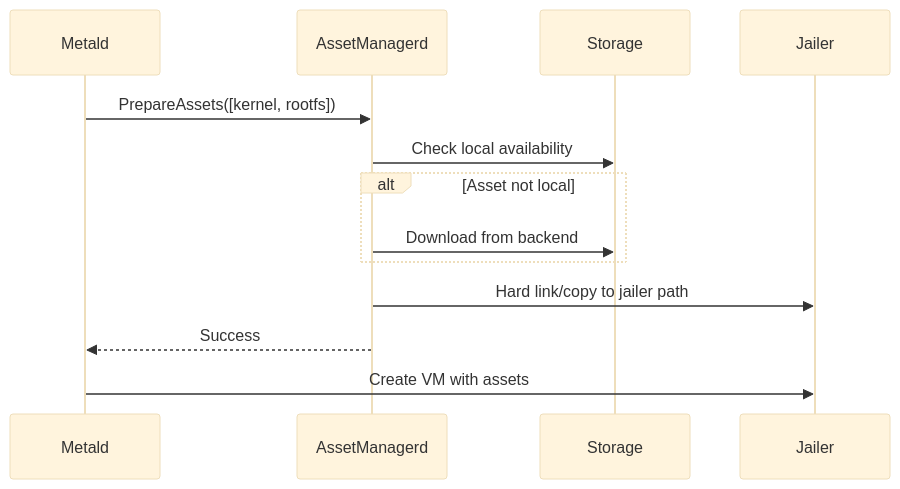
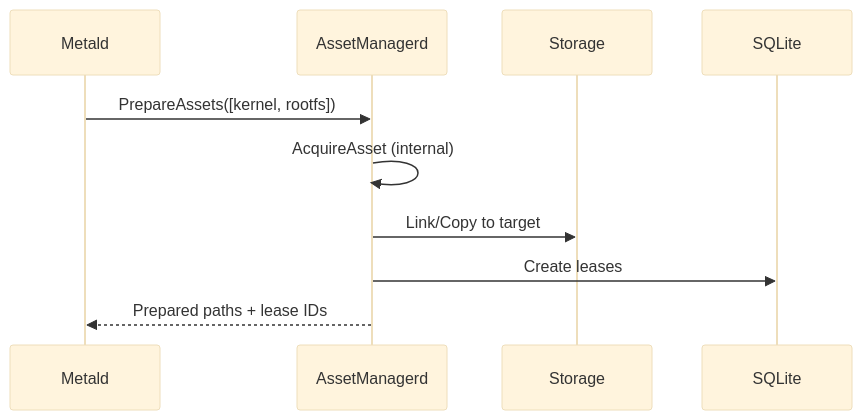
Before and after one commit to unkeyed/unkey: the third of 6 diagrams in go/deploy/assetmanagerd/docs/architecture/README.md, drawn with Mermaid (base theme). The commit also changed other lines of this file and 14 other files, not shown here.

````diff
--- a/go/deploy/assetmanagerd/docs/architecture/README.md
+++ b/go/deploy/assetmanagerd/docs/architecture/README.md
@@ -64,16 +223,8 @@
-```mermaid
-sequenceDiagram
-    participant M as Metald
-    participant A as AssetManagerd
-    participant S as Storage
-    participant J as Jailer
-    
-    M->>A: PrepareAssets([kernel, rootfs])
-    A->>S: Check local availability
-    alt Asset not local
-        A->>S: Download from backend
-    end
-    A->>J: Hard link/copy to jailer path
-    A-->>M: Success
-    M->>J: Create VM with assets
-```
+   ```mermaid
+   sequenceDiagram
+       Metald->>AssetManagerd: PrepareAssets([kernel, rootfs])
+       AssetManagerd->>AssetManagerd: AcquireAsset (internal)
+       AssetManagerd->>Storage: Link/Copy to target
+       AssetManagerd->>SQLite: Create leases
+       AssetManagerd-->>Metald: Prepared paths + lease IDs
+   ```
````
